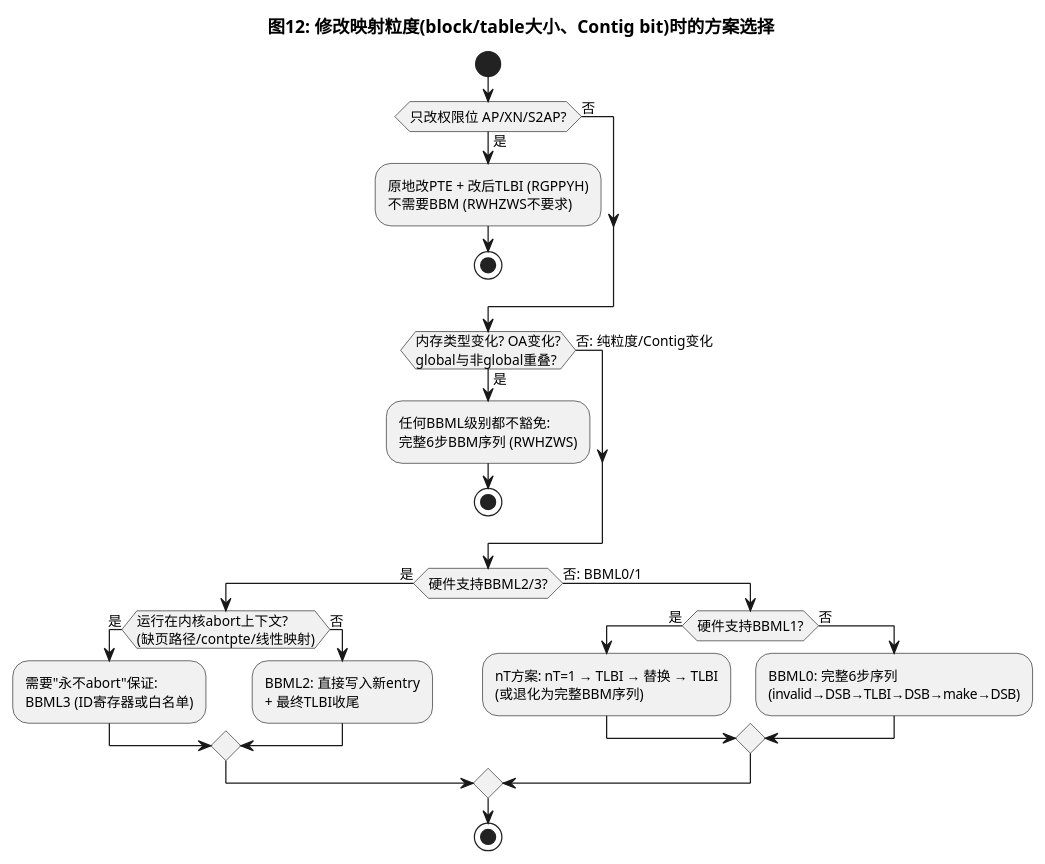
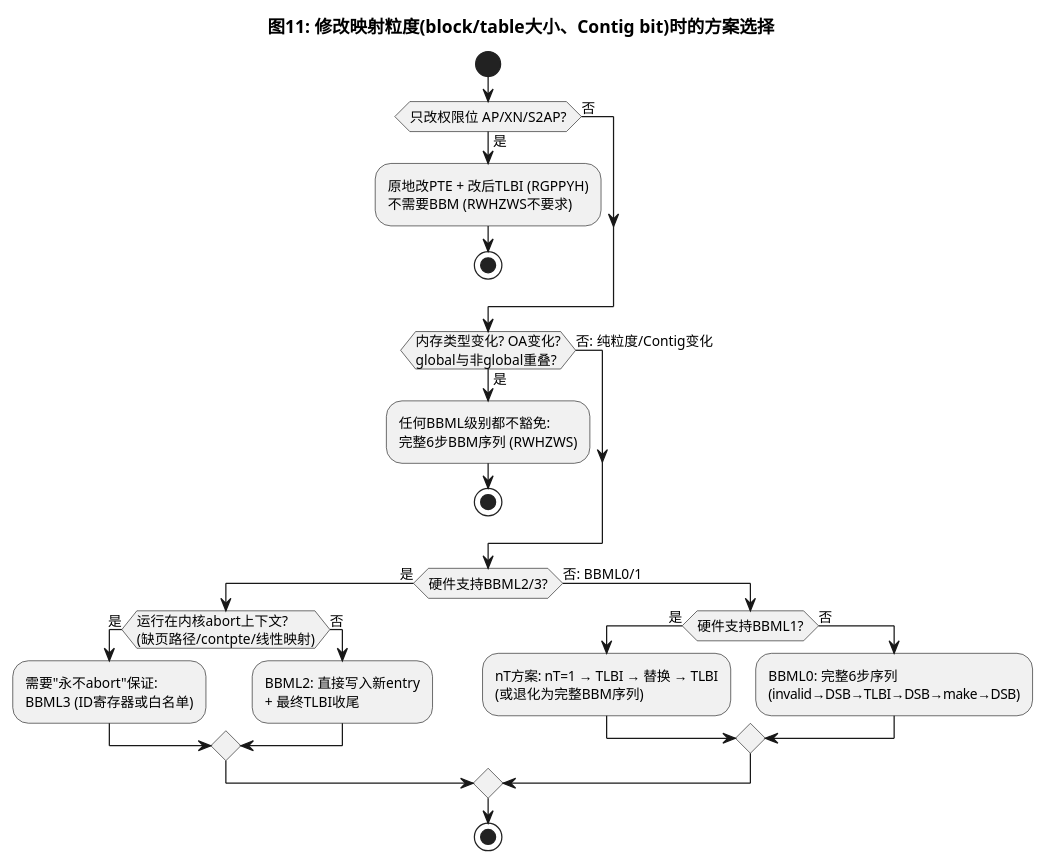
One commit to AkiraZheng/AkiraZheng.github.io changed diagram 12 of 12 in source/_posts/ARM64-BBML源码分析-BBML0-BBML3.md. Above: the diagram before and after it, drawn with PlantUML. The commit also changed other lines of this file and 10 other files, not shown here.

````diff
--- a/source/_posts/ARM64-BBML源码分析-BBML0-BBML3.md
+++ b/source/_posts/ARM64-BBML源码分析-BBML0-BBML3.md
@@ -1741,33 +1797,33 @@
 ```plantuml
 @startuml
 skinparam backgroundColor white
 skinparam defaultFontSize 11
-title 图12: 修改映射粒度(block/table大小、Contig bit)时的方案选择
+title 图11: 修改映射粒度(block/table大小、Contig bit)时的方案选择
 
 start
 if (只改权限位 AP/XN/S2AP?) then (是)
   :原地改PTE + 改后TLBI (RGPPYH)\n不需要BBM (RWHZWS不要求);
   stop
 else (否)
 endif
 if (内存类型变化? OA变化?\nglobal与非global重叠?) then (是)
   :任何BBML级别都不豁免:\n完整6步BBM序列 (RWHZWS);
   stop
 else (否: 纯粒度/Contig变化)
 endif
 if (硬件支持BBML2/3?) then (是)
   if (运行在内核abort上下文?\n(缺页路径/contpte/线性映射)) then (是)
     :需要"永不abort"保证:\nBBML3 (ID寄存器或白名单);
   else (否)
     :BBML2: 直接写入新entry\n+ 最终TLBI收尾;
   endif
 else (否: BBML0/1)
   if (硬件支持BBML1?) then (是)
     :nT方案: nT=1 → TLBI → 替换 → TLBI\n(或退化为完整BBM序列);
   else (否)
     :BBML0: 完整6步序列\n(invalid→DSB→TLBI→DSB→make→DSB);
   endif
 endif
 stop
 @enduml
 ```
````
